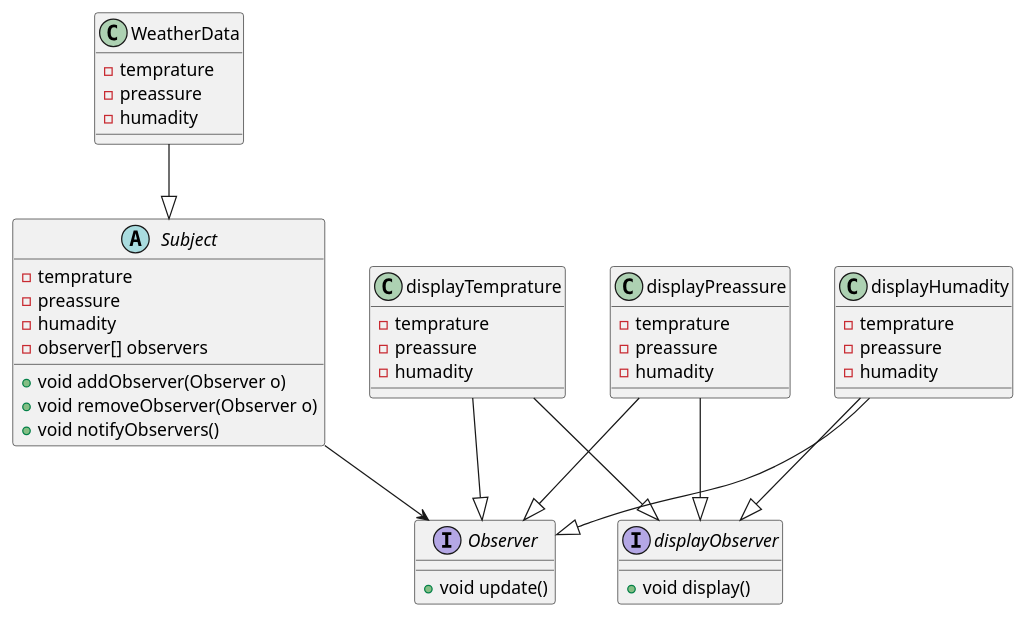
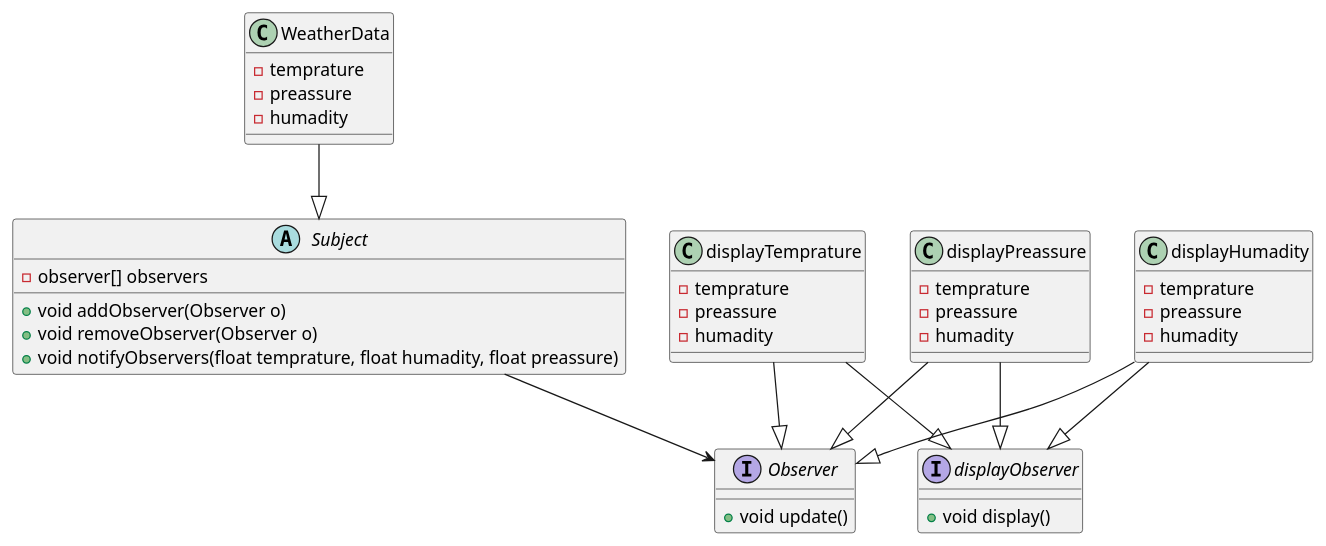
The diagram in observerPattern/docs/uml/observerPattern.puml (aamer867/designPatterns), drawn with PlantUML before and after one commit. The commit also changed 4 other files, not shown here.

```diff
--- a/observerPattern/docs/uml/observerPattern.puml
+++ b/observerPattern/docs/uml/observerPattern.puml
@@ -1,55 +1,52 @@
 @startuml
 abstract class Subject {
 
-    - temprature
-    - preassure
-    - humadity
     - observer[] observers
 
     + void addObserver(Observer o)
     + void removeObserver(Observer o)
-    + void notifyObservers()
+    + void notifyObservers(float temprature, float humadity, float preassure)
 }
 
 interface Observer{
     + void update()
 }
 
 interface displayObserver {
     + void display()
 }
 
 class WeatherData {
     - temprature
     - preassure
     - humadity
 }
 
 Subject --> Observer
 WeatherData --|> Subject
 
 class displayTemprature {
     - temprature
     - preassure
     - humadity
 }
 displayTemprature --|> displayObserver
 displayTemprature --|> Observer
 
 class displayPreassure {
     - temprature
     - preassure
     - humadity
 }
 displayPreassure --|> displayObserver
 displayPreassure --|> Observer
 
 class displayHumadity {
     - temprature
     - preassure
     - humadity
 }
 displayHumadity --|> displayObserver
 displayHumadity --|> Observer
 
 @enduml
```
